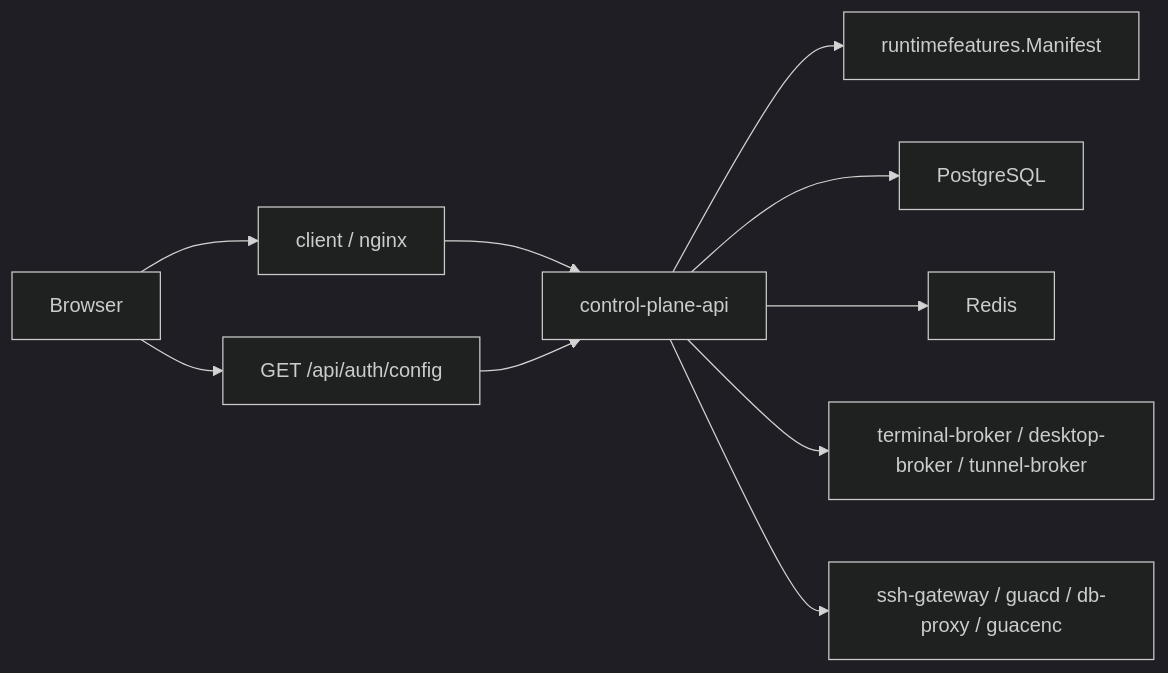
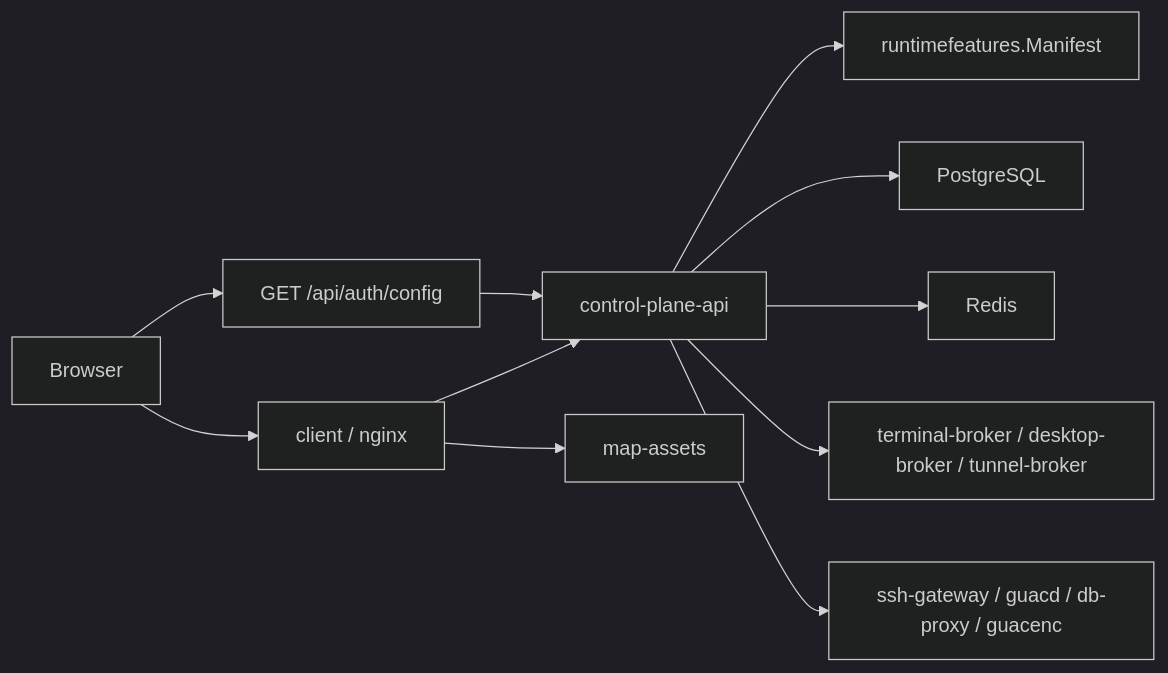
Before and after one commit to dnviti/remote-desktop-manager: the diagram in docs/llm-context.md, drawn with Mermaid (dark theme). The commit also changed other lines of this file and 44 other files, not shown here.

Commit message:
Extract geolocation map assets service and gate SQL audit UI

````diff
--- a/docs/llm-context.md
+++ b/docs/llm-context.md
@@ -102,12 +102,13 @@
 ```mermaid
 flowchart LR
     Browser["Browser"] --> Client["client / nginx"]
     Browser --> PublicConfig["GET /api/auth/config"]
     Client --> API["control-plane-api"]
     PublicConfig --> API
     API --> Features["runtimefeatures.Manifest"]
     API --> Postgres["PostgreSQL"]
     API --> Redis["Redis"]
     API --> Brokers["terminal-broker / desktop-broker / tunnel-broker"]
+    Client --> MapAssets["map-assets"]
     API --> Gateways["ssh-gateway / guacd / db-proxy / guacenc"]
 ```
````
